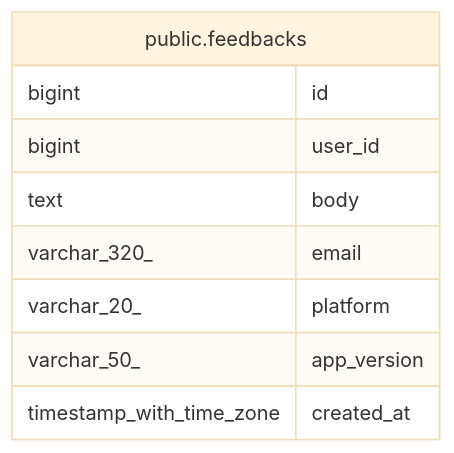
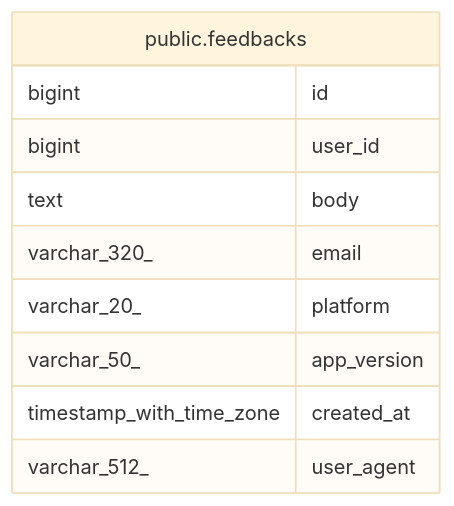
The diagram in dbdoc/public.feedbacks.md (KIM-N-KANG/manyak-server), drawn with Mermaid (base theme) before and after one commit. The commit also changed other lines of this file and 7 other files, not shown here.

Commit message:
[KNK-528] Feat: 피드백 User-Agent 헤더 저장 (#141)

````diff
--- a/dbdoc/public.feedbacks.md
+++ b/dbdoc/public.feedbacks.md
@@ -32,14 +33,15 @@
 ```mermaid
 erDiagram
 
 
 "public.feedbacks" {
   bigint id
   bigint user_id
   text body
   varchar_320_ email
   varchar_20_ platform
   varchar_50_ app_version
   timestamp_with_time_zone created_at
+  varchar_512_ user_agent
 }
 ```
````
